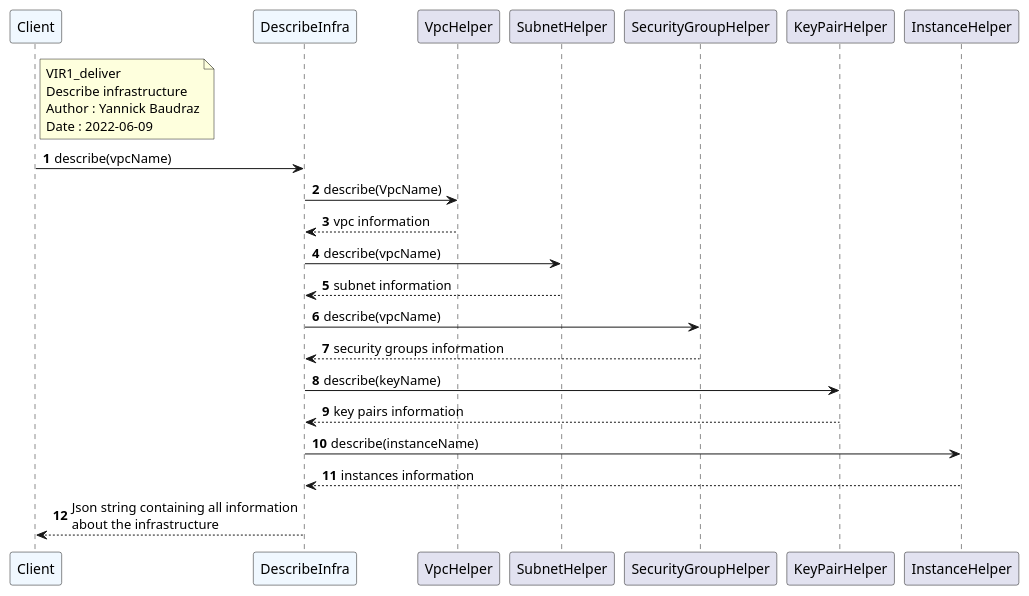
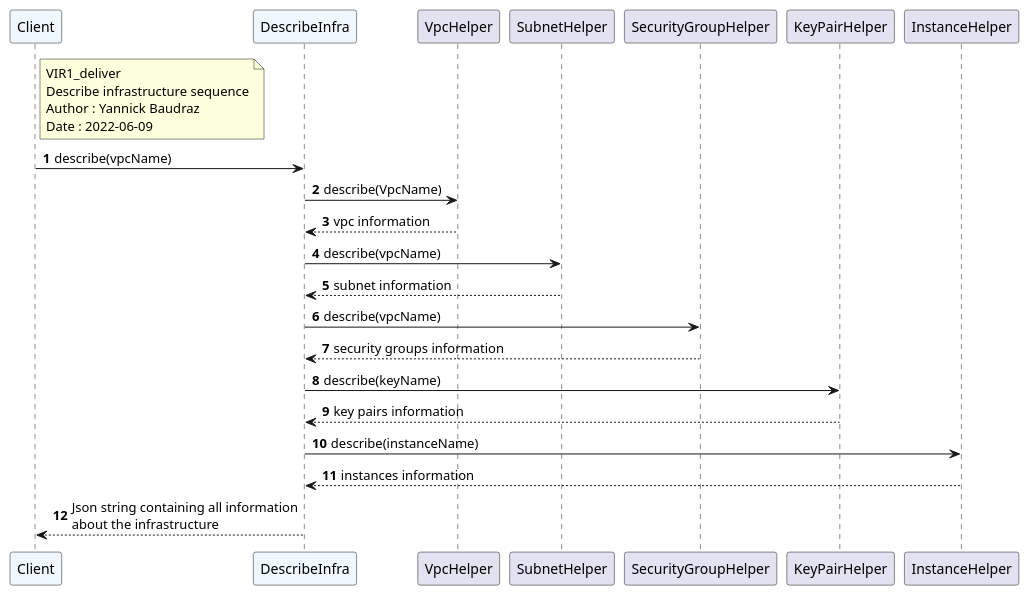
One commit to NicolasGlassey/VIR1-Deliver changed the diagram in docs/sequences/describe-infra.puml. Above: the diagram before and after it, drawn with PlantUML. The commit also changed 1 other file, not shown here.

Commit message:
Add cartouche in diagram

```diff
--- a/docs/sequences/describe-infra.puml
+++ b/docs/sequences/describe-infra.puml
@@ -1,40 +1,40 @@
 @startuml Describe infrastructure
 'https://plantuml.com/sequence-diagram
 
 autonumber
 
 participant Client #aliceblue
 participant DescribeInfra as Infra #aliceblue
 participant VpcHelper as Vpc
 participant SubnetHelper as Subnet
 participant SecurityGroupHelper as SecurityGroup
 participant KeyPairHelper as KeyPair
 participant InstanceHelper as Instance
 
 note right Client
 VIR1_deliver
-Describe infrastructure
+Describe infrastructure sequence
 Author : Yannick Baudraz
 Date : 2022-06-09
 end note
 
 Client -> Infra: describe(vpcName)
 
 Infra -> Vpc : describe(VpcName)
 Vpc --> Infra : vpc information
 
 Infra -> Subnet : describe(vpcName)
 Subnet --> Infra : subnet information
 
 Infra -> SecurityGroup : describe(vpcName)
 SecurityGroup --> Infra : security groups information
 
 Infra -> KeyPair : describe(keyName)
 KeyPair --> Infra : key pairs information
 
 Infra -> Instance : describe(instanceName)
 Instance --> Infra : instances information
 
 Infra --> Client : Json string containing all information\nabout the infrastructure
 
 @enduml
```
